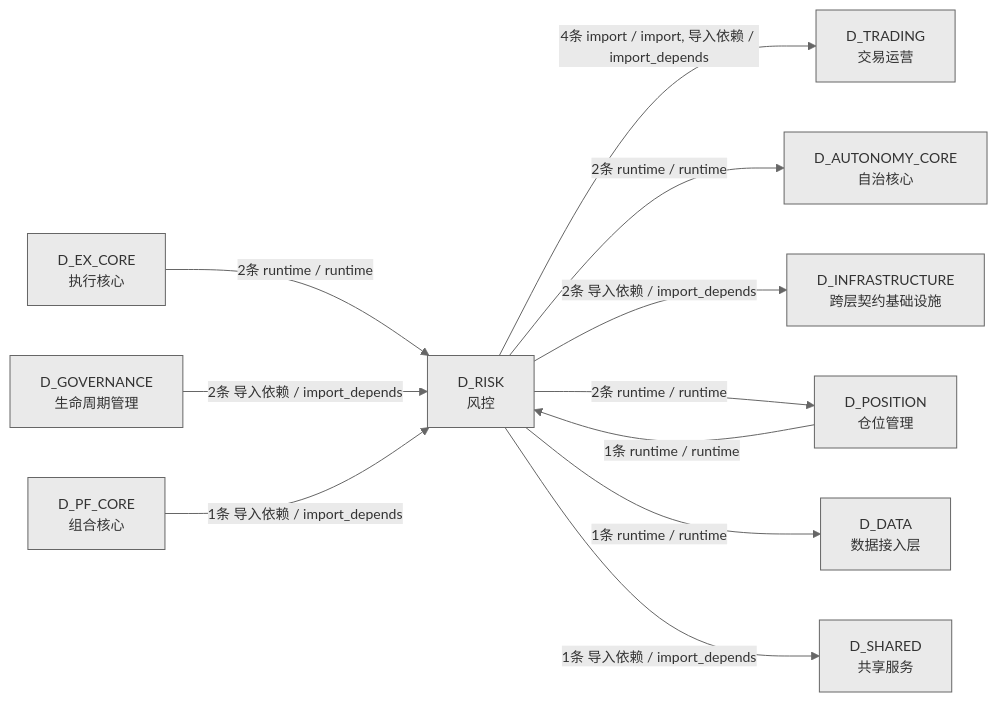
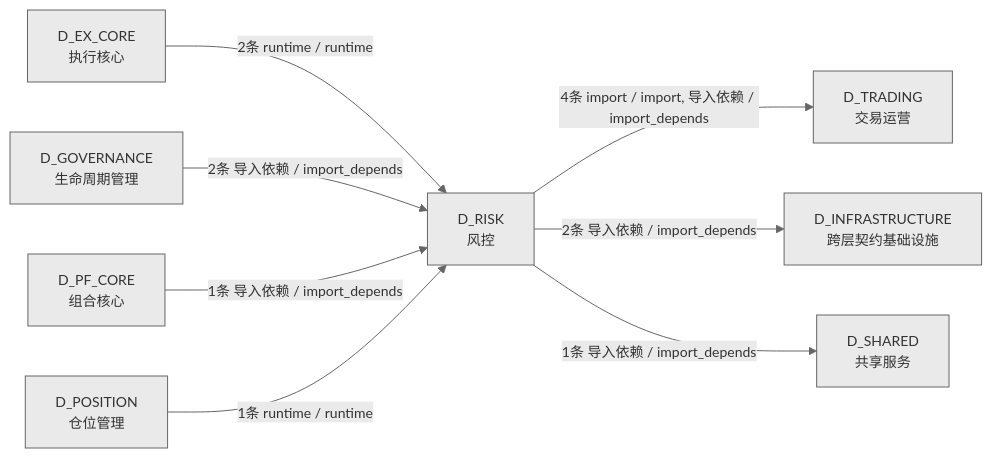
One commit to xuanFelixVan/ZephyrAlpha changed the third of 3 diagrams in docs/02_enterprise_architecture/02_domain_architecture_docs/65_d_risk.md. Above: the diagram before and after it, drawn with Mermaid. The commit also changed other lines of this file and 9 other files, not shown here.

````diff
--- a/docs/02_enterprise_architecture/02_domain_architecture_docs/65_d_risk.md
+++ b/docs/02_enterprise_architecture/02_domain_architecture_docs/65_d_risk.md
@@ -222,24 +222,19 @@
 ```mermaid
 %%{init: {'theme': 'base', 'themeVariables': {'primaryColor': '#eaeaea', 'primaryTextColor': '#333333', 'primaryBorderColor': '#666666', 'lineColor': '#666666', 'secondaryColor': '#eaeaea', 'tertiaryColor': '#eaeaea', 'fontSize': '14px'}}}%%
 graph LR
     D_RISK["D_RISK<br/>风控"]
     D_TRADING["D_TRADING<br/>交易运营"]
-    D_AUTONOMY_CORE["D_AUTONOMY_CORE<br/>自治核心"]
     D_INFRASTRUCTURE["D_INFRASTRUCTURE<br/>跨层契约基础设施"]
-    D_POSITION["D_POSITION<br/>仓位管理"]
-    D_DATA["D_DATA<br/>数据接入层"]
     D_SHARED["D_SHARED<br/>共享服务"]
     D_EX_CORE["D_EX_CORE<br/>执行核心"]
     D_GOVERNANCE["D_GOVERNANCE<br/>生命周期管理"]
     D_PF_CORE["D_PF_CORE<br/>组合核心"]
+    D_POSITION["D_POSITION<br/>仓位管理"]
     D_RISK -->|4条 import / import, 导入依赖 / import_depends| D_TRADING
-    D_RISK -->|2条 runtime / runtime| D_AUTONOMY_CORE
     D_RISK -->|2条 导入依赖 / import_depends| D_INFRASTRUCTURE
-    D_RISK -->|2条 runtime / runtime| D_POSITION
-    D_RISK -->|1条 runtime / runtime| D_DATA
     D_RISK -->|1条 导入依赖 / import_depends| D_SHARED
     D_EX_CORE -->|2条 runtime / runtime| D_RISK
     D_GOVERNANCE -->|2条 导入依赖 / import_depends| D_RISK
     D_PF_CORE -->|1条 导入依赖 / import_depends| D_RISK
     D_POSITION -->|1条 runtime / runtime| D_RISK
 ```
````
